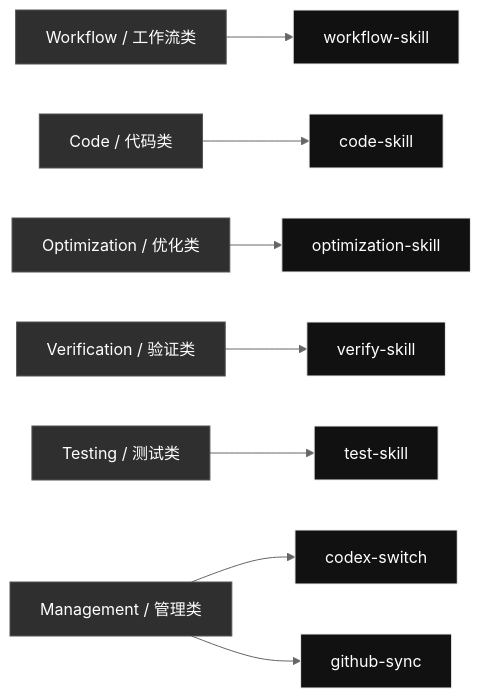
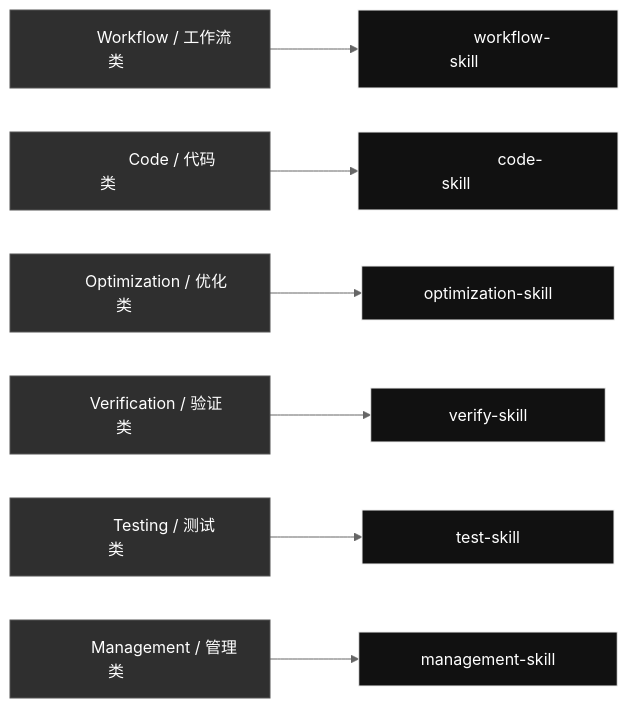
One commit to qinbatista/qin-codex-skills changed the diagram in README.md. Above: the diagram before and after it, drawn with Mermaid (neutral theme). The commit also changed other lines of this file and 7 other files, not shown here.

Commit message:
Add aligned management skill map

````diff
--- a/README.md
+++ b/README.md
@@ -7,20 +7,20 @@
 ```mermaid
+%%{init: {"flowchart": {"nodeSpacing": 44, "rankSpacing": 88}}}%%
 flowchart LR
-  category_Workflow["Workflow / 工作流类"]
-  category_Workflow --> skill_workflow_skill["workflow-skill"]
-  category_Code["Code / 代码类"]
-  category_Code --> skill_code_skill["code-skill"]
-  category_Optimization["Optimization / 优化类"]
-  category_Optimization --> skill_optimization_skill["optimization-skill"]
-  category_Verification["Verification / 验证类"]
-  category_Verification --> skill_verify_skill["verify-skill"]
-  category_Testing["Testing / 测试类"]
-  category_Testing --> skill_test_skill["test-skill"]
-  category_Management["Management / 管理类"]
-  category_Management --> skill_codex_switch["codex-switch"]
-  category_Management --> skill_github_sync["github-sync"]
+  category_Workflow["&emsp;&emsp;&emsp;Workflow / 工作流类&emsp;&emsp;&emsp;"]
+  category_Workflow --> skill_workflow_skill["&emsp;&emsp;&emsp;workflow-skill&emsp;&emsp;&emsp;"]
+  category_Code["&emsp;&emsp;&emsp;&emsp;Code / 代码类&emsp;&emsp;&emsp;&emsp;"]
+  category_Code --> skill_code_skill["&emsp;&emsp;&emsp;&emsp;code-skill&emsp;&emsp;&emsp;&emsp;"]
+  category_Optimization["&emsp;&emsp;Optimization / 优化类&emsp;&emsp;"]
+  category_Optimization --> skill_optimization_skill["&emsp;&emsp;optimization-skill&emsp;&emsp;"]
+  category_Verification["&emsp;&emsp;Verification / 验证类&emsp;&emsp;"]
+  category_Verification --> skill_verify_skill["&emsp;&emsp;&emsp;verify-skill&emsp;&emsp;&emsp;"]
+  category_Testing["&emsp;&emsp;&emsp;Testing / 测试类&emsp;&emsp;&emsp;"]
+  category_Testing --> skill_test_skill["&emsp;&emsp;&emsp;&emsp;test-skill&emsp;&emsp;&emsp;&emsp;"]
+  category_Management["&emsp;&emsp;&emsp;Management / 管理类&emsp;&emsp;&emsp;"]
+  category_Management --> skill_management_skill["&emsp;&emsp;management-skill&emsp;&emsp;"]
   classDef category fill:#2f2f2f,color:#fff,stroke:#555;
   classDef skill fill:#111,color:#fff,stroke:#eee;
   class category_Workflow,category_Code,category_Optimization,category_Verification,category_Testing,category_Management category;
-  class skill_workflow_skill,skill_code_skill,skill_optimization_skill,skill_verify_skill,skill_test_skill,skill_codex_switch,skill_github_sync skill;
+  class skill_workflow_skill,skill_code_skill,skill_optimization_skill,skill_verify_skill,skill_test_skill,skill_management_skill skill;
 ```
````
